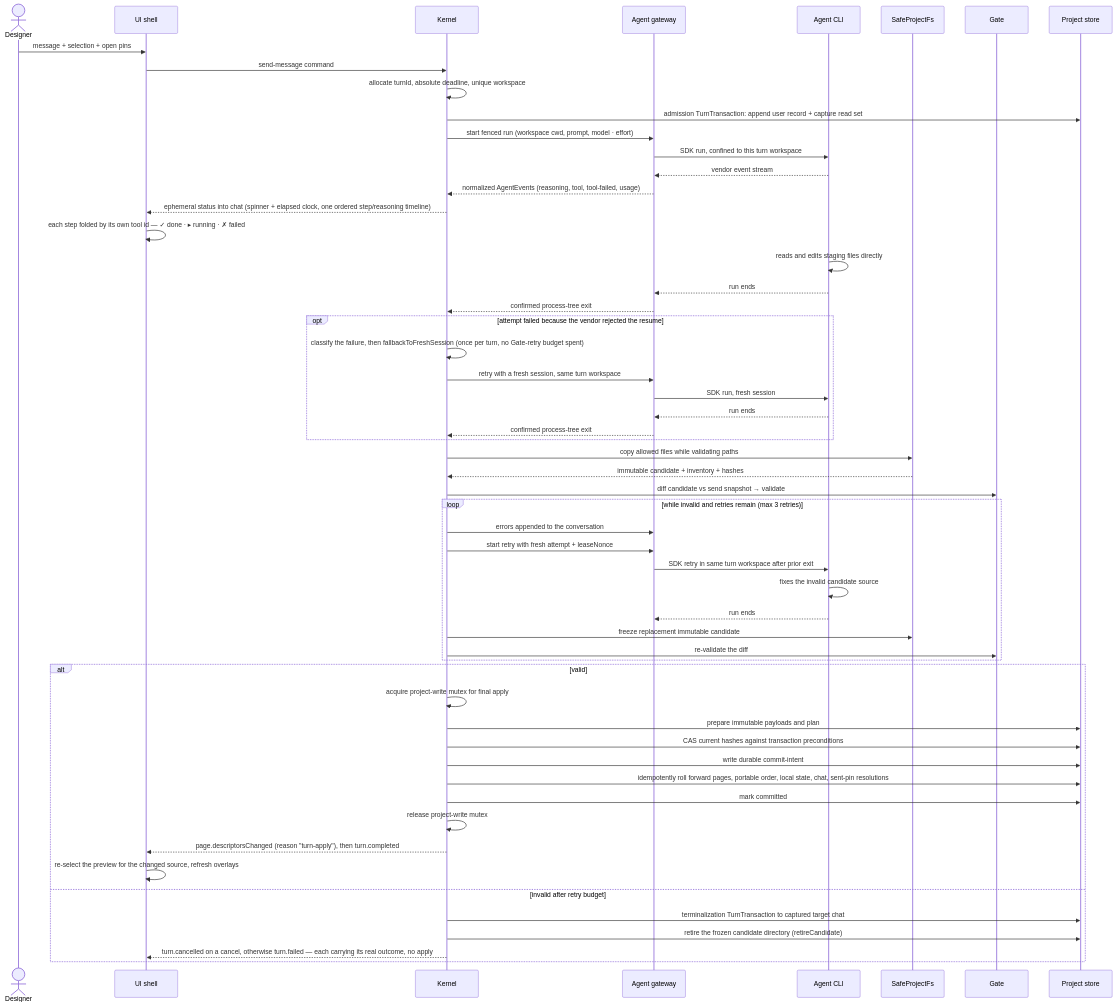
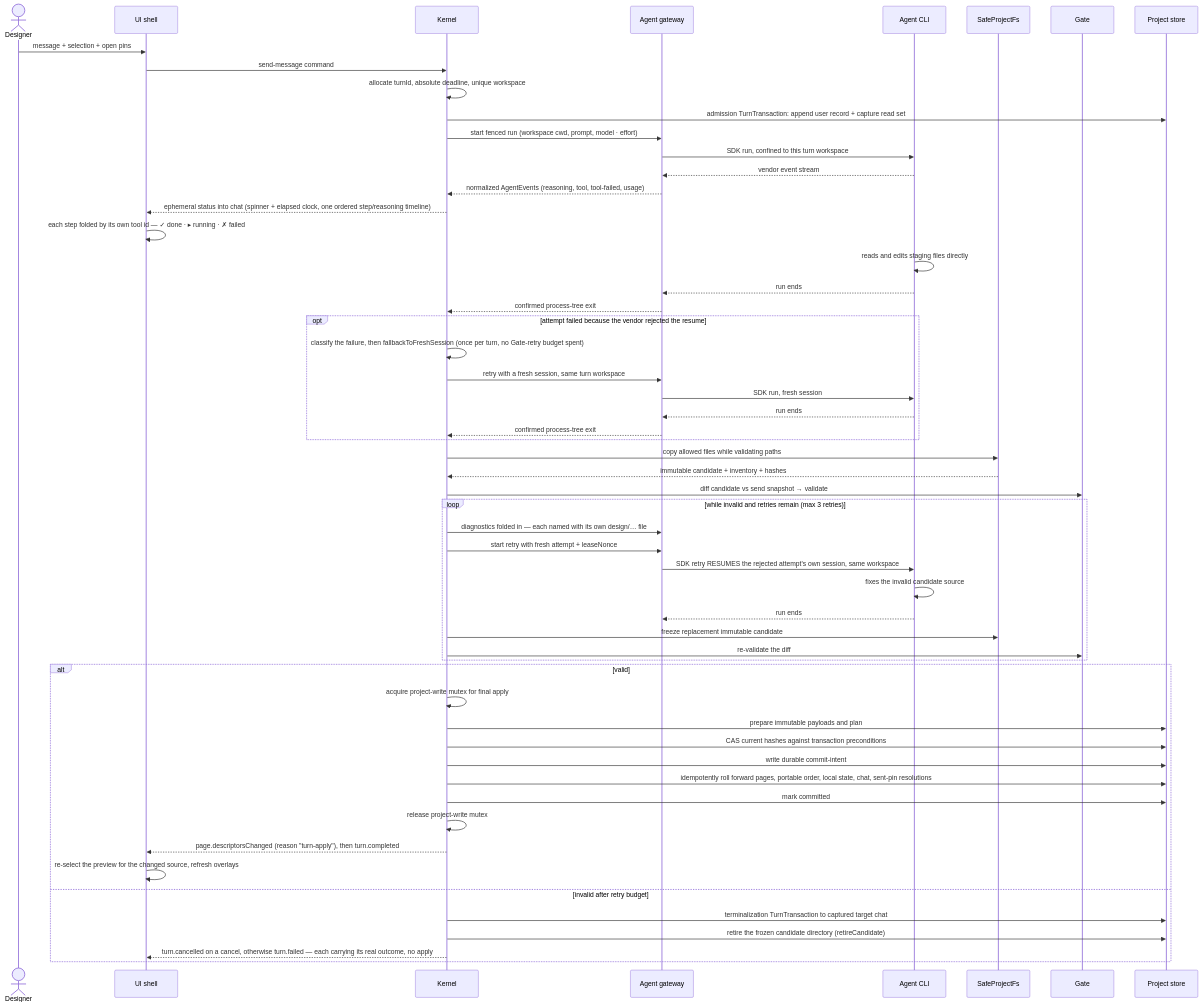
Before and after one commit to khmilevoi/termcraft: the diagram in docs/architecture/flows/generation-turn.md, drawn with Mermaid. The commit also changed other lines of this file and 7 other files, not shown here.

````diff
--- a/docs/architecture/flows/generation-turn.md
+++ b/docs/architecture/flows/generation-turn.md
@@ -3,59 +3,59 @@
 ```mermaid
 sequenceDiagram
     actor U as Designer
     participant UI as UI shell
     participant K as Kernel
     participant G as Agent gateway
     participant C as Agent CLI
     participant F as SafeProjectFs
     participant V as Gate
     participant S as Project store
 
     U->>UI: message + selection + open pins
     UI->>K: send-message command
     K->>K: allocate turnId, absolute deadline, unique workspace
     K->>S: admission TurnTransaction: append user record + capture read set
     K->>G: start fenced run (workspace cwd, prompt, model · effort)
     G->>C: SDK run, confined to this turn workspace
     C-->>G: vendor event stream
     G-->>K: normalized AgentEvents (reasoning, tool, tool-failed, usage)
     K-->>UI: ephemeral status into chat (spinner + elapsed clock, one ordered step/reasoning timeline)
     UI->>UI: each step folded by its own tool id — ✓ done · ▸ running · ✗ failed
     C->>C: reads and edits staging files directly
     C-->>G: run ends
     G-->>K: confirmed process-tree exit
     opt attempt failed because the vendor rejected the resume
         K->>K: classify the failure, then fallbackToFreshSession (once per turn, no Gate-retry budget spent)
         K->>G: retry with a fresh session, same turn workspace
         G->>C: SDK run, fresh session
         C-->>G: run ends
         G-->>K: confirmed process-tree exit
     end
     K->>F: copy allowed files while validating paths
     F-->>K: immutable candidate + inventory + hashes
     K->>V: diff candidate vs send snapshot → validate
     loop while invalid and retries remain (max 3 retries)
-        K->>G: errors appended to the conversation
+        K->>G: diagnostics folded in — each named with its own design/… file
         K->>G: start retry with fresh attempt + leaseNonce
-        G->>C: SDK retry in same turn workspace after prior exit
+        G->>C: SDK retry RESUMES the rejected attempt's own session, same workspace
         C->>C: fixes the invalid candidate source
         C-->>G: run ends
         K->>F: freeze replacement immutable candidate
         K->>V: re-validate the diff
     end
     alt valid
         K->>K: acquire project-write mutex for final apply
         K->>S: prepare immutable payloads and plan
         K->>S: CAS current hashes against transaction preconditions
         K->>S: write durable commit-intent
         K->>S: idempotently roll forward pages, portable order, local state, chat, sent-pin resolutions
         K->>S: mark committed
         K->>K: release project-write mutex
         K-->>UI: page.descriptorsChanged (reason "turn-apply"), then turn.completed
         UI->>UI: re-select the preview for the changed source, refresh overlays
     else invalid after retry budget
         K->>S: terminalization TurnTransaction to captured target chat
         K->>S: retire the frozen candidate directory (retireCandidate)
         K-->>UI: turn.cancelled on a cancel, otherwise turn.failed — each carrying its real outcome, no apply
     end
 ```
````
